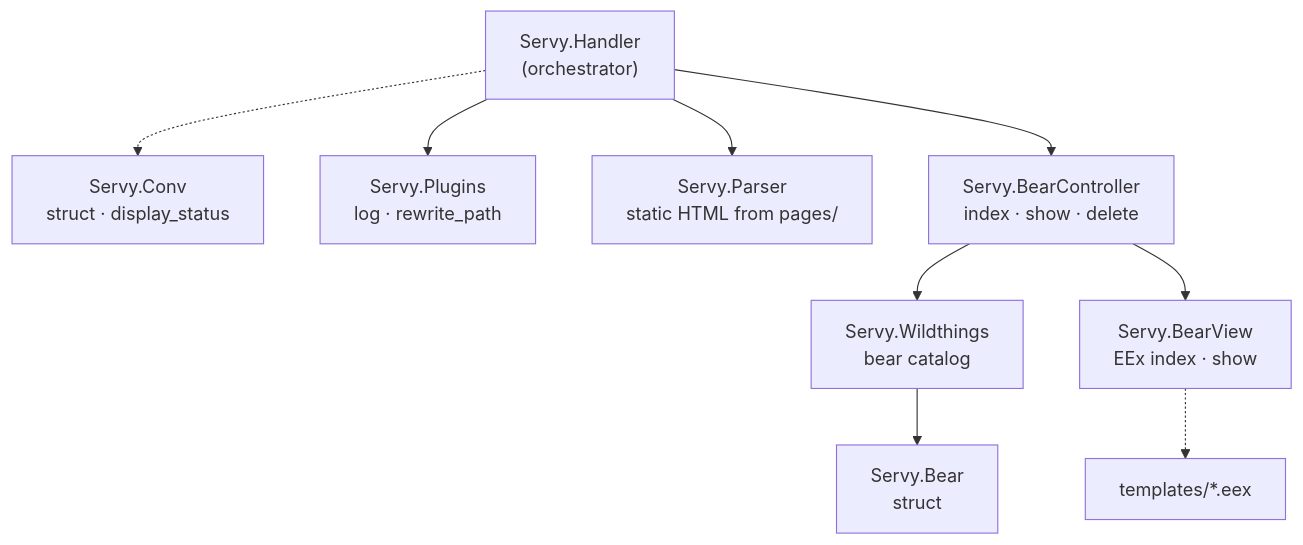
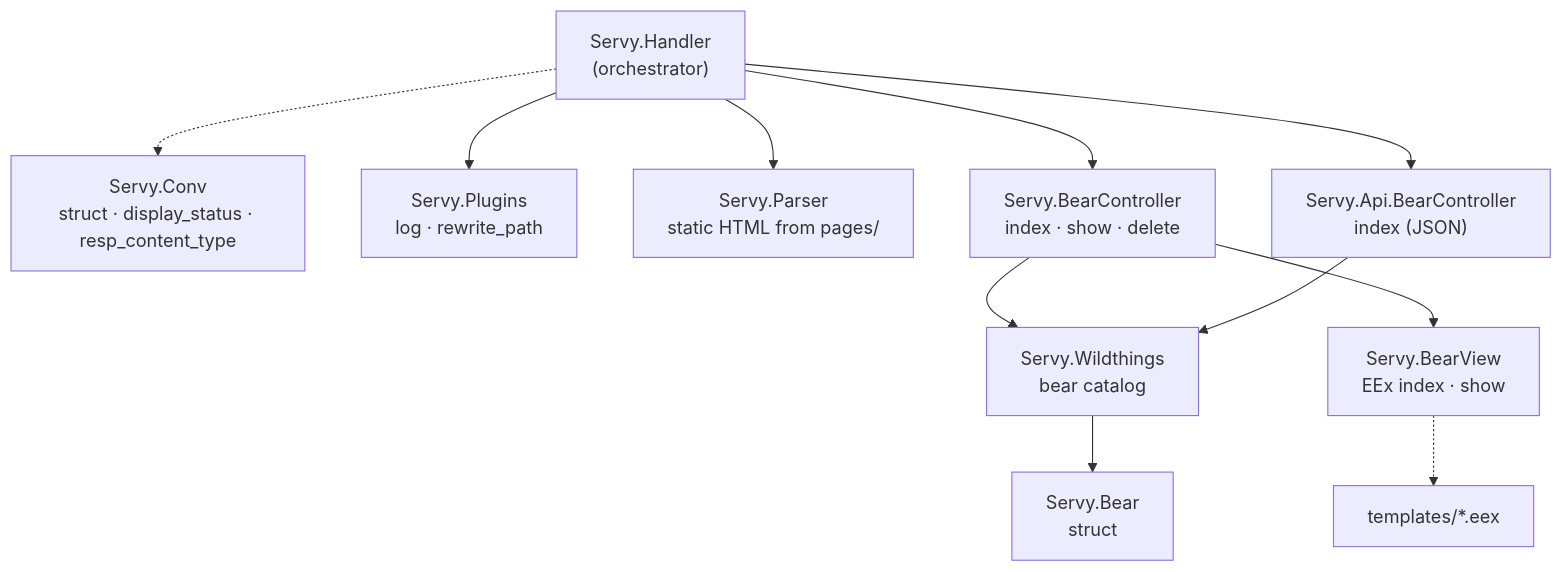
One commit to igmarin/learning-elixir-servy changed the second of 3 diagrams in README.md. Above: the diagram before and after it, drawn with Mermaid. The commit also changed other lines of this file and 8 other files, not shown here.

````diff
--- a/README.md
+++ b/README.md
@@ -29,20 +29,23 @@
 ```mermaid
 flowchart TB
     Handler["Servy.Handler\n(orchestrator)"]
-    Conv["Servy.Conv\nstruct · display_status"]
+    Conv["Servy.Conv\nstruct · display_status · resp_content_type"]
     Plugins["Servy.Plugins\nlog · rewrite_path"]
     Parser["Servy.Parser\nstatic HTML from pages/"]
     BearCtrl["Servy.BearController\nindex · show · delete"]
+    ApiBearCtrl["Servy.Api.BearController\nindex (JSON)"]
     BearView["Servy.BearView\nEEx index · show"]
     Wildthings["Servy.Wildthings\nbear catalog"]
     Bear["Servy.Bear\nstruct"]
 
     Handler --> Plugins
     Handler --> Parser
     Handler --> BearCtrl
+    Handler --> ApiBearCtrl
     Handler -.-> Conv
     BearCtrl --> Wildthings
     BearCtrl --> BearView
+    ApiBearCtrl --> Wildthings
     Wildthings --> Bear
     BearView -.-> Templates["templates/*.eex"]
 ```
````
